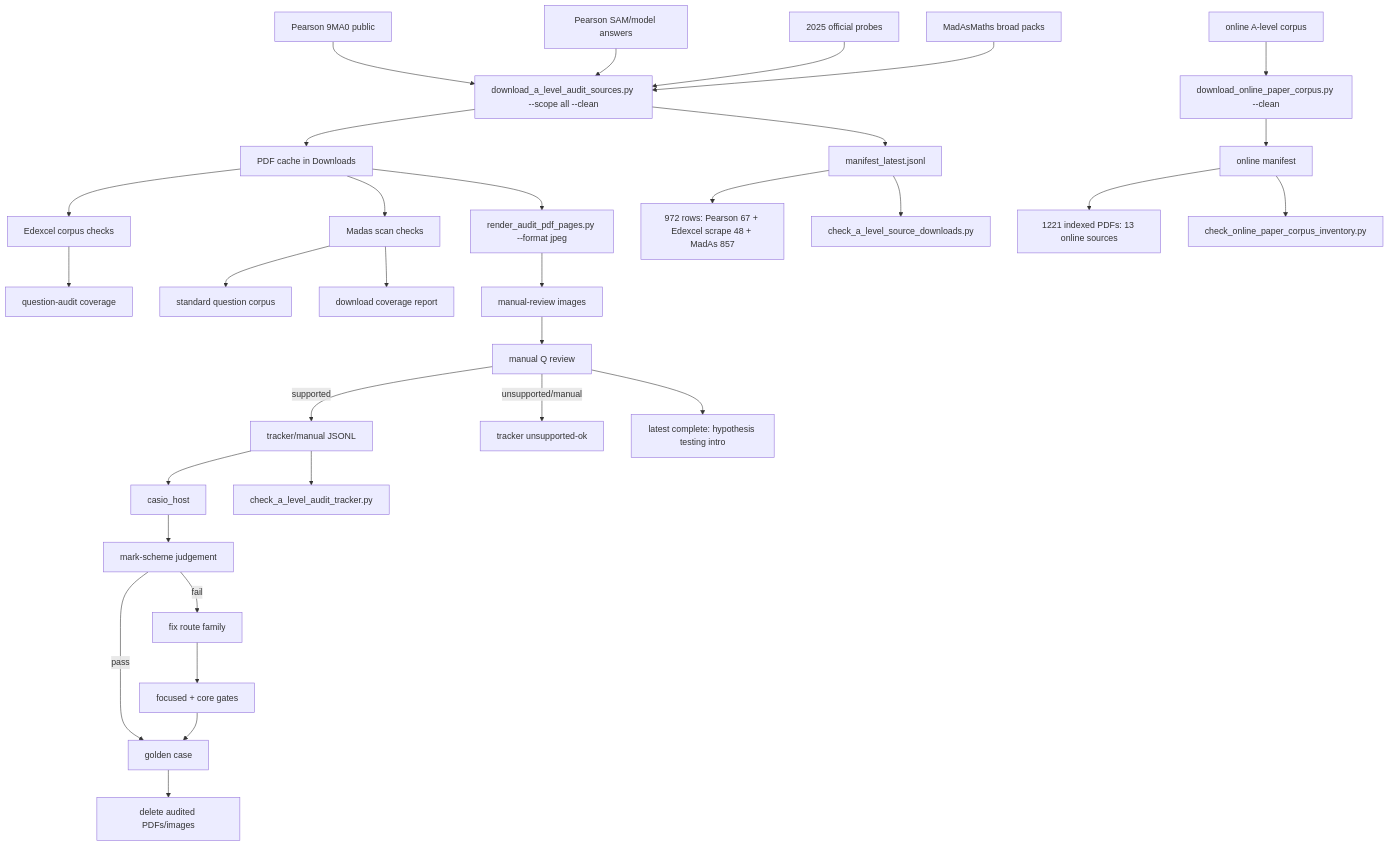
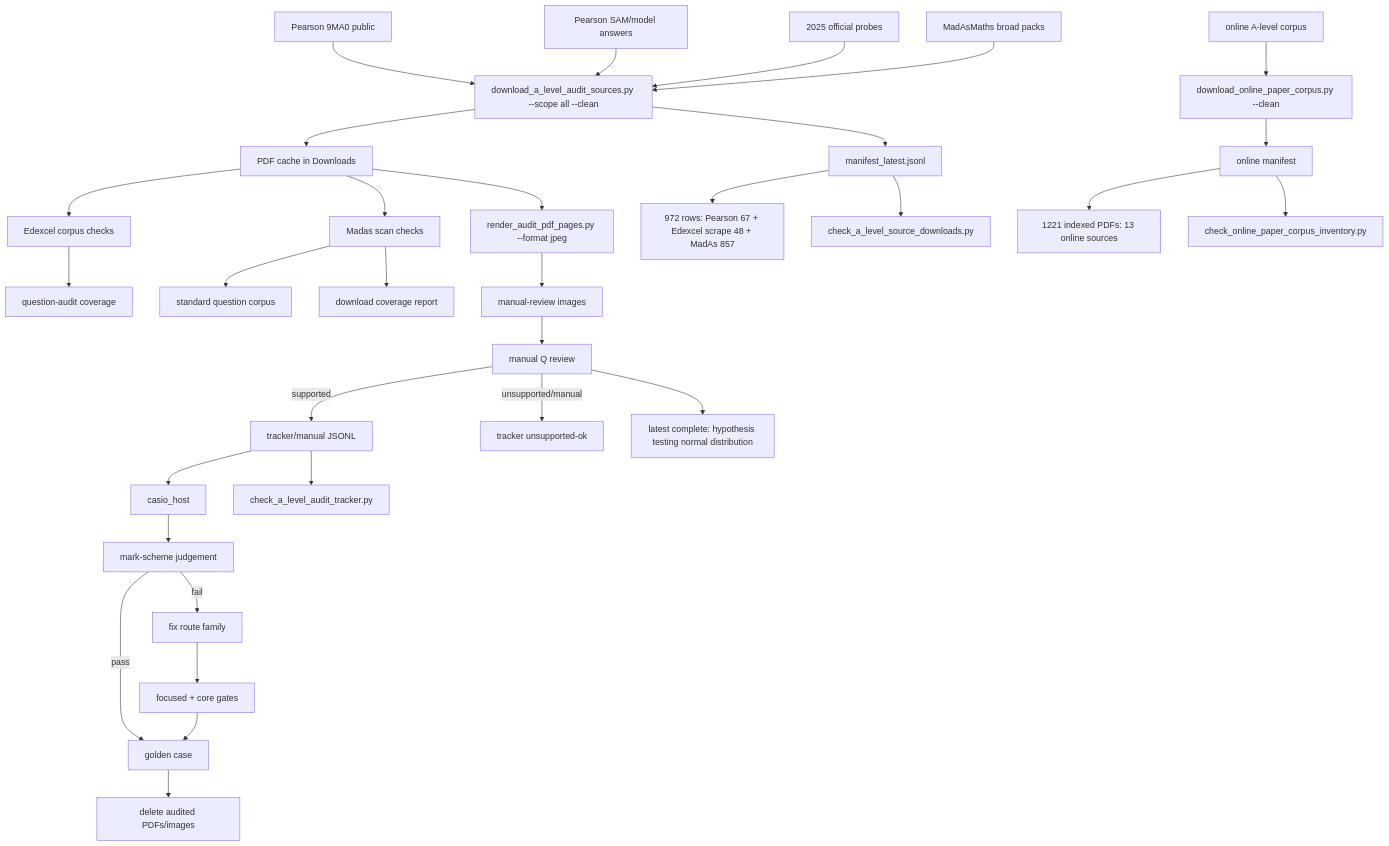
One commit to james8464/notes-addin-casio-fx-cg50 changed the diagram in c++/tools/golden/a_level_audit_graph.md. Above: the diagram before and after it, drawn with Mermaid. The commit also changed other lines of this file and 6 other files, not shown here.

Commit message:
Audit normal hypothesis testing booklet

````diff
--- a/c++/tools/golden/a_level_audit_graph.md
+++ b/c++/tools/golden/a_level_audit_graph.md
@@ -3,34 +3,34 @@
 ```mermaid
 graph TD
   E1["Pearson 9MA0 public"] --> D["download_a_level_audit_sources.py --scope all --clean"]
   E2["Pearson SAM/model answers"] --> D
   E3["2025 official probes"] --> D
   M1["MadAsMaths broad packs"] --> D
   O1["online A-level corpus"] --> OD["download_online_paper_corpus.py --clean"]
   D --> P["PDF cache in Downloads"]
   D --> X["manifest_latest.jsonl"]
   OD --> OX["online manifest"]
   X --> XC["972 rows: Pearson 67 + Edexcel scrape 48 + MadAs 857"]
   OX --> OC["1221 indexed PDFs: 13 online sources"]
   X --> V["check_a_level_source_downloads.py"]
   OX --> OV["check_online_paper_corpus_inventory.py"]
   P --> E["Edexcel corpus checks"]
   E --> EQ["question-audit coverage"]
   P --> S["Madas scan checks"]
   S --> M["standard question corpus"]
   S --> MC["download coverage report"]
   P --> R["render_audit_pdf_pages.py --format jpeg"]
   R --> I["manual-review images"]
   I --> Q["manual Q review"]
   Q -->|supported| J["tracker/manual JSONL"]
   Q -->|unsupported/manual| U["tracker unsupported-ok"]
   J --> H["casio_host"]
   J --> K["check_a_level_audit_tracker.py"]
   H --> C["mark-scheme judgement"]
   C -->|pass| G["golden case"]
   C -->|fail| F["fix route family"]
   F --> T["focused + core gates"]
   T --> G
   G --> Z["delete audited PDFs/images"]
-  Q --> QHTIntro["latest complete: hypothesis testing intro"]
+  Q --> QHTNorm["latest complete: hypothesis testing normal distribution"]
 ```
````
